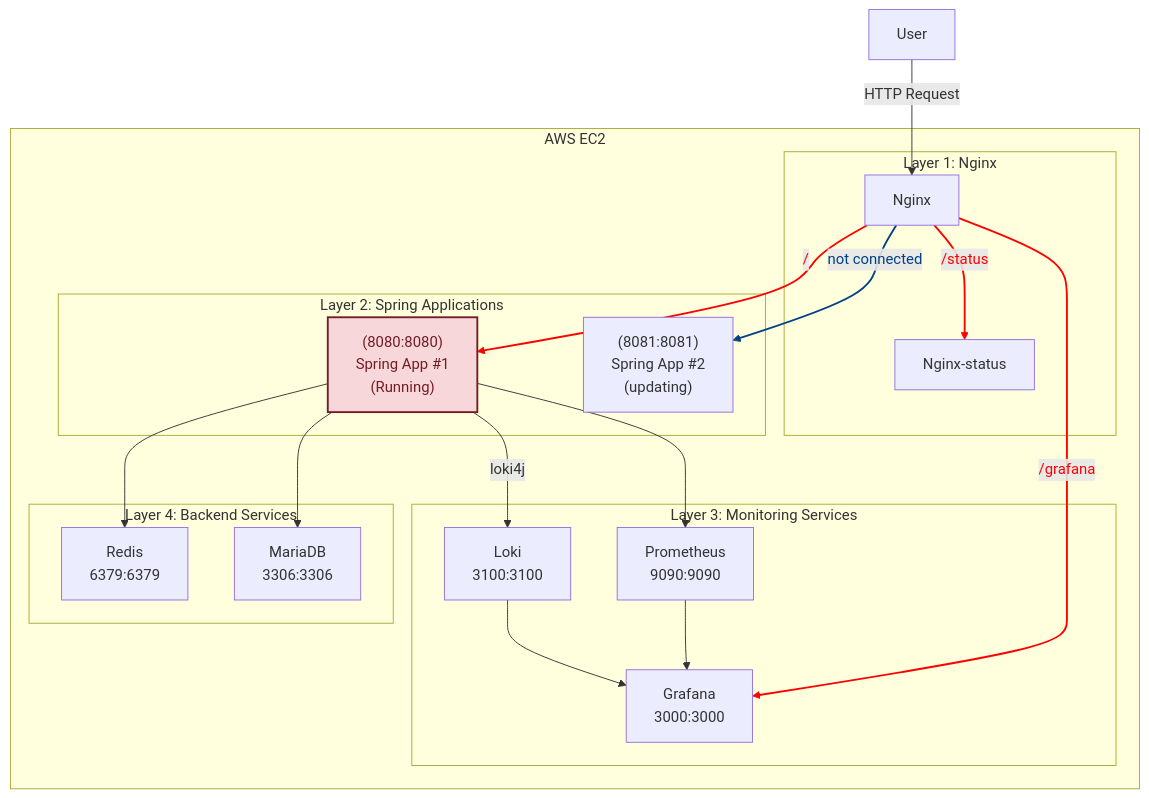
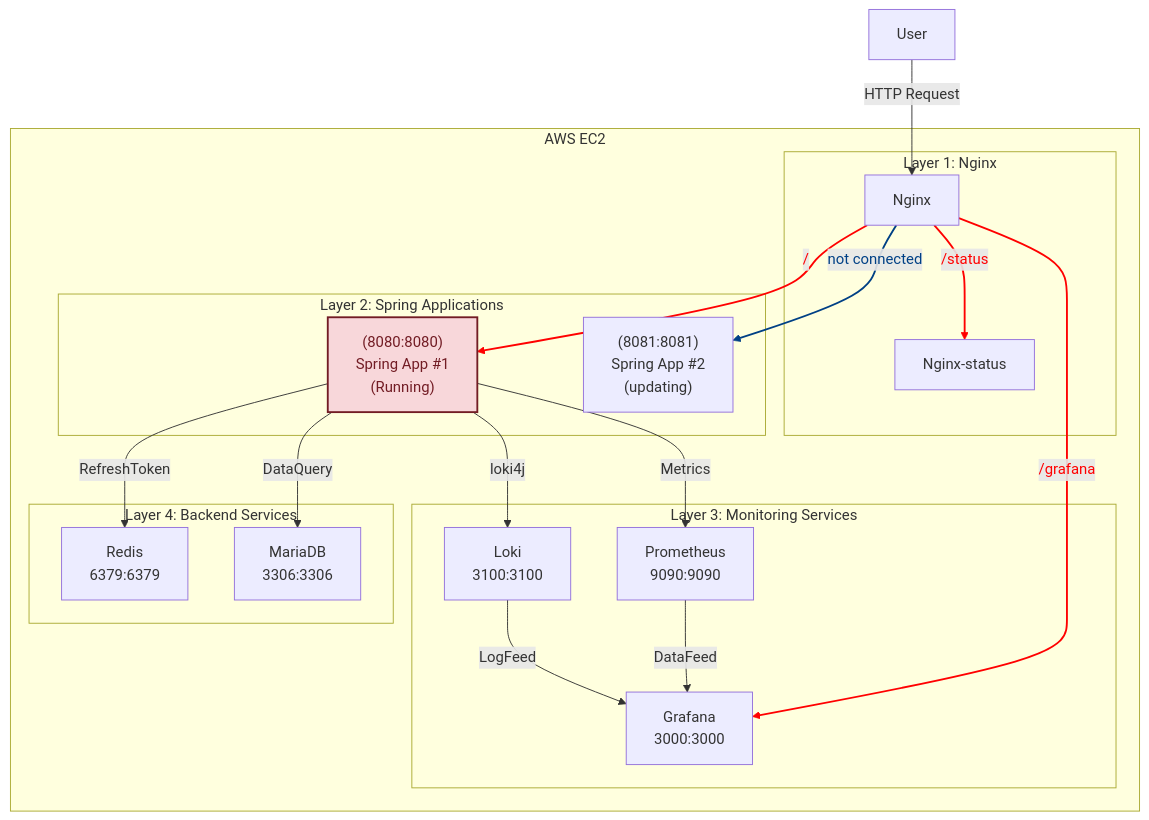
One commit to tape4/spring-cicd-template changed the second of 5 diagrams in README.md. Above: the diagram before and after it, drawn with Mermaid. The commit also changed other lines of this file, not shown here.

````diff
--- a/README.md
+++ b/README.md
@@ -69,59 +69,59 @@
 ```mermaid
 flowchart TD
 		%% 노드에 적용할 클래스 정의
     classDef redText fill:#f8d7da,stroke:#721c24,stroke-width:2px,color:#721c24;
     classDef blueText fill:#cce5ff,stroke:#004085,stroke-width:2px,color:#004085;
     
     %% 외부 사용자 노드
     U[User]
 
     %% AWS EC2 내 시스템 전체를 묶는 서브그래프
     subgraph "AWS EC2"
         %% Layer 1: Nginx
         subgraph "Layer 1: Nginx"
           N[Nginx]
           NS[Nginx-status]
         end
 
         %% Layer 2: Spring Applications
         subgraph "Layer 2: Spring Applications"
           S1["(8080:8080)<br/>Spring App #1<br/>(Running)"]
           S2["(8081:8081)<br/>Spring App #2<br/>(updating)"]
 	        class S1 redText
         end
 
         %% Layer 3: Monitoring Services
         subgraph "Layer 3: Monitoring Services"
           P[Prometheus<br/>9090:9090]
           G[Grafana<br/>3000:3000]
           L[Loki<br/>3100:3100]
         end
 
         %% Layer 4: Backend Services
         subgraph "Layer 4: Backend Services"
           R[Redis<br/>6379:6379]
           D[MariaDB<br/>3306:3306]
         end
 
         %% 내부 연결
         N -- "/" --> S1
         N -- "not connected" --> S2
         N -- "/status" --> NS
         N -- "/grafana" --> G
 
-        S1 --> P
+	S1 -- "Metrics" --> P
         S1 -- "loki4j" --> L
-        S1 --> R
-        S1 --> D
+	S1 -- "RefreshToken" --> R
+	S1 -- "DataQuery" --> D
 
-        P --> G
-        L --> G
+	P -- "DataFeed" --> G
+	L -- "LogFeed" --> G
     end
 
     U -->|HTTP Request| N
     
     linkStyle 0 stroke:#ff0000, stroke-width:2px, color:#ff0000
     linkStyle 1 stroke:#004085, stroke-width:2px, color:#004085
     linkStyle 2 stroke:#ff0000, stroke-width:2px, color:#ff0000
     linkStyle 3 stroke:#ff0000, stroke-width:2px, color:#ff0000
 ```
````
